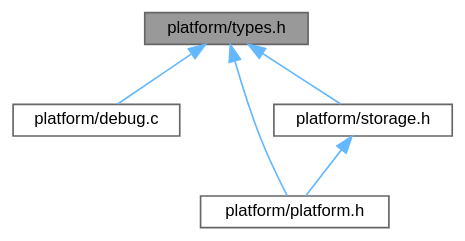
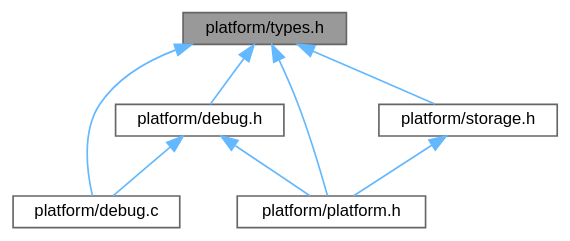
Before and after one commit to ebs-universe/piolib-platform: the diagram in types_8h__dep__incl.dot, drawn with Graphviz. The commit also changed 80 other files, not shown here.

```diff
--- a/types_8h__dep__incl.dot
+++ b/types_8h__dep__incl.dot
@@ -1,16 +1,20 @@
 digraph "platform/types.h"
 {
  // INTERACTIVE_SVG=YES
  // LATEX_PDF_SIZE
   bgcolor="transparent";
   edge [fontname=Helvetica,fontsize=10,labelfontname=Helvetica,labelfontsize=10];
   node [fontname=Helvetica,fontsize=10,shape=box,height=0.2,width=0.4];
   Node1 [id="Node000001",label="platform/types.h",height=0.2,width=0.4,color="gray40", fillcolor="grey60", style="filled", fontcolor="black",tooltip=" "];
   Node1 -> Node2 [id="edge1_Node000001_Node000002",dir="back",color="steelblue1",style="solid",tooltip=" "];
   Node2 [id="Node000002",label="platform/debug.c",height=0.2,width=0.4,color="grey40", fillcolor="white", style="filled",URL="$debug_8c.html",tooltip=" "];
   Node1 -> Node3 [id="edge2_Node000001_Node000003",dir="back",color="steelblue1",style="solid",tooltip=" "];
-  Node3 [id="Node000003",label="platform/platform.h",height=0.2,width=0.4,color="grey40", fillcolor="white", style="filled",URL="$platform_8h.html",tooltip=" "];
-  Node1 -> Node4 [id="edge3_Node000001_Node000004",dir="back",color="steelblue1",style="solid",tooltip=" "];
-  Node4 [id="Node000004",label="platform/storage.h",height=0.2,width=0.4,color="grey40", fillcolor="white", style="filled",URL="$storage_8h.html",tooltip=" "];
-  Node4 -> Node3 [id="edge4_Node000004_Node000003",dir="back",color="steelblue1",style="solid",tooltip=" "];
+  Node3 [id="Node000003",label="platform/debug.h",height=0.2,width=0.4,color="grey40", fillcolor="white", style="filled",URL="$debug_8h.html",tooltip=" "];
+  Node3 -> Node2 [id="edge3_Node000003_Node000002",dir="back",color="steelblue1",style="solid",tooltip=" "];
+  Node3 -> Node4 [id="edge4_Node000003_Node000004",dir="back",color="steelblue1",style="solid",tooltip=" "];
+  Node4 [id="Node000004",label="platform/platform.h",height=0.2,width=0.4,color="grey40", fillcolor="white", style="filled",URL="$platform_8h.html",tooltip=" "];
+  Node1 -> Node4 [id="edge5_Node000001_Node000004",dir="back",color="steelblue1",style="solid",tooltip=" "];
+  Node1 -> Node5 [id="edge6_Node000001_Node000005",dir="back",color="steelblue1",style="solid",tooltip=" "];
+  Node5 [id="Node000005",label="platform/storage.h",height=0.2,width=0.4,color="grey40", fillcolor="white", style="filled",URL="$storage_8h.html",tooltip=" "];
+  Node5 -> Node4 [id="edge7_Node000005_Node000004",dir="back",color="steelblue1",style="solid",tooltip=" "];
 }
```
